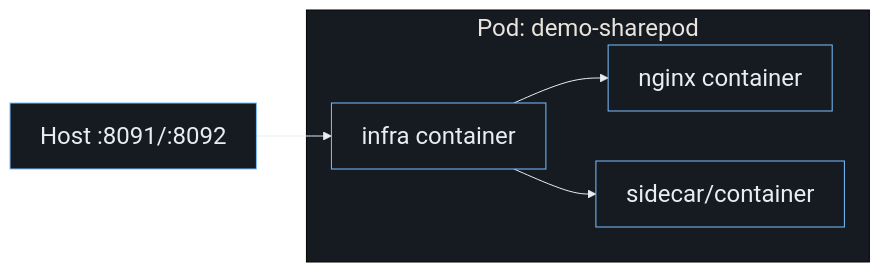
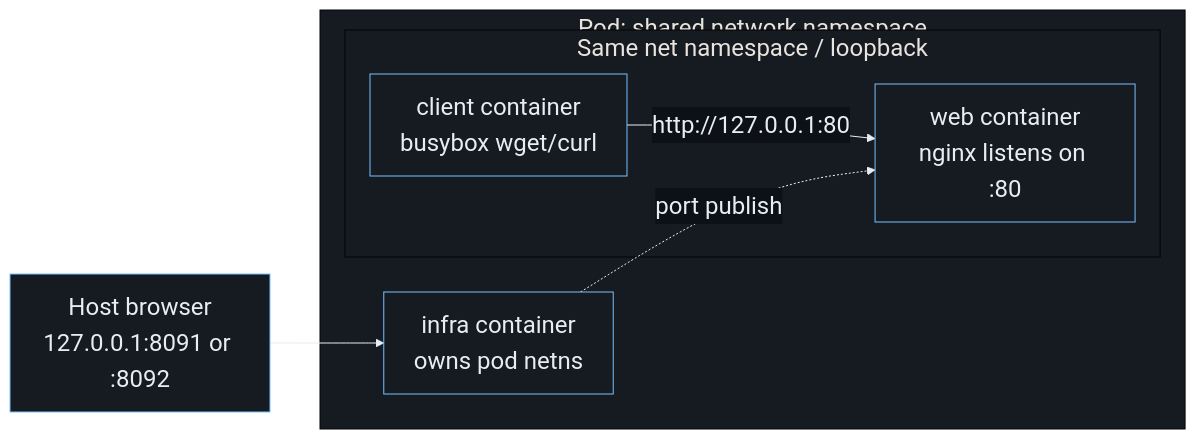
Diagram 12 of 12 in SLIDES.md (sunnymoon/containers), drawn with Mermaid before and after one commit. The commit also changed other lines of this file and 1 other file, not shown here.

Commit message:
feat: enhance demo script and slides for improved network namespace sharing

````diff
--- a/SLIDES.md
+++ b/SLIDES.md
@@ -969,12 +969,16 @@
 ```mermaid
 %%{init: {"theme":"base", "themeVariables": {"primaryColor":"#161b22", "primaryTextColor":"#e6edf3", "primaryBorderColor":"#79c0ff", "lineColor":"#e6edf3", "secondaryColor":"#0d1117", "tertiaryColor":"#161b22", "edgeLabelBackground":"#0d1117", "fontSize":"24px"}}}%%
 flowchart LR
-  subgraph Pod[Pod: demo-sharepod]
-    INFRA[infra container]
-    WEB[nginx container]
-    SIDE[sidecar/container]
+  H[Host browser\n127.0.0.1:8091 or :8092] --> INFRA
+
+  subgraph POD[Pod: shared network namespace]
+    INFRA[infra container\nowns pod netns]
+    subgraph NET[Same net namespace / loopback]
+      WEB[web container\nnginx listens on :80]
+      CLI[client container\nbusybox wget/curl]
+    end
+    CLI -- "http://127.0.0.1:80" --> WEB
   end
-  H[Host :8091/:8092] --> INFRA
-  INFRA --> WEB
-  INFRA --> SIDE
+
+  INFRA -. "port publish" .-> WEB
 ```
````
